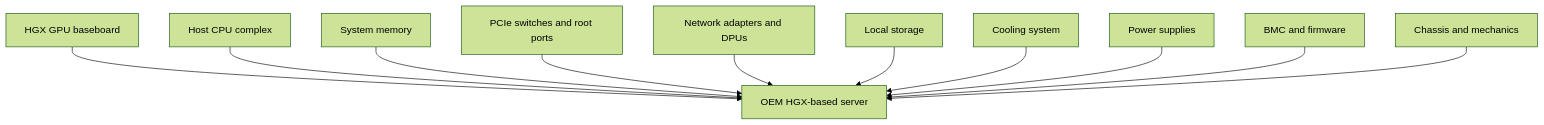
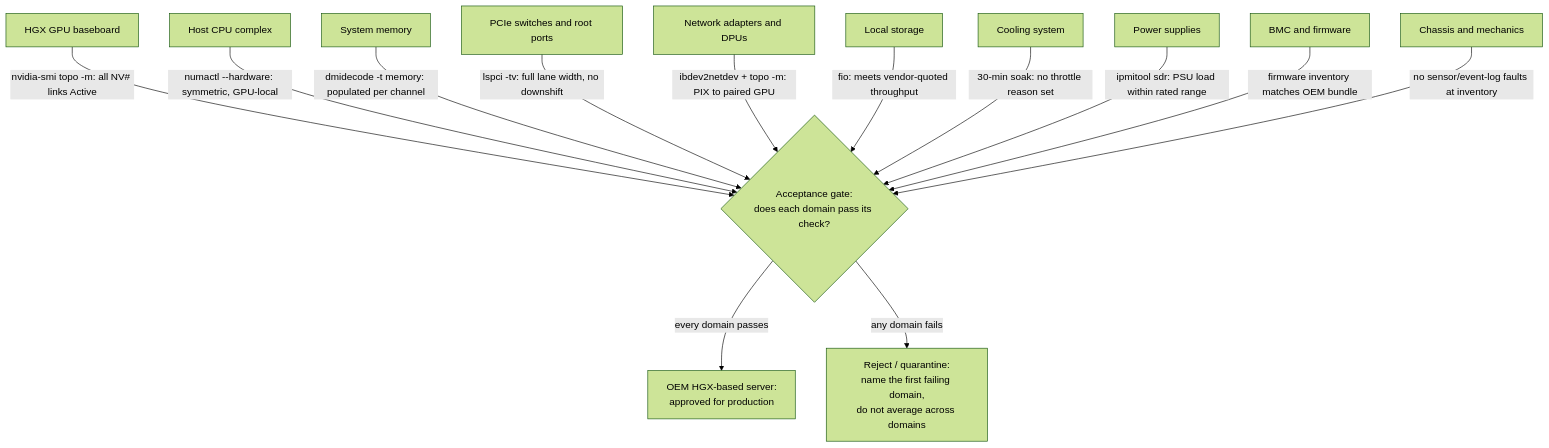
The first of 3 diagrams in docs/nvidia-zero-to-hero/volume-06/chapter-03-oem-integration-and-support-boundaries.md (jithinpnjm/nvidia-devops), drawn with Mermaid (forest theme) before and after one commit. The commit also changed other lines of this file and 4 other files, not shown here.

````diff
--- a/docs/nvidia-zero-to-hero/volume-06/chapter-03-oem-integration-and-support-boundaries.md
+++ b/docs/nvidia-zero-to-hero/volume-06/chapter-03-oem-integration-and-support-boundaries.md
@@ -45,25 +45,30 @@
 ```mermaid
 flowchart TD
     HGX[HGX GPU baseboard]
     CPU[Host CPU complex]
     Memory[System memory]
     PCIe[PCIe switches and root ports]
     NIC[Network adapters and DPUs]
     Storage[Local storage]
     Cooling[Cooling system]
     Power[Power supplies]
     BMC[BMC and firmware]
     Chassis[Chassis and mechanics]
-    Server[OEM HGX-based server]
+    Accept{"Acceptance gate:<br/>does each domain pass its check?"}
+    Server[OEM HGX-based server:<br/>approved for production]
+    Reject["Reject / quarantine:<br/>name the first failing domain,<br/>do not average across domains"]
 
-    HGX --> Server
-    CPU --> Server
-    Memory --> Server
-    PCIe --> Server
-    NIC --> Server
-    Storage --> Server
-    Cooling --> Server
-    Power --> Server
-    BMC --> Server
-    Chassis --> Server
+    HGX -->|"nvidia-smi topo -m: all NV# links Active"| Accept
+    CPU -->|"numactl --hardware: symmetric, GPU-local"| Accept
+    Memory -->|"dmidecode -t memory: populated per channel"| Accept
+    PCIe -->|"lspci -tv: full lane width, no downshift"| Accept
+    NIC -->|"ibdev2netdev + topo -m: PIX to paired GPU"| Accept
+    Storage -->|"fio: meets vendor-quoted throughput"| Accept
+    Cooling -->|"30-min soak: no throttle reason set"| Accept
+    Power -->|"ipmitool sdr: PSU load within rated range"| Accept
+    BMC -->|"firmware inventory matches OEM bundle"| Accept
+    Chassis -->|"no sensor/event-log faults at inventory"| Accept
+
+    Accept -->|"every domain passes"| Server
+    Accept -->|"any domain fails"| Reject
 ```
````
